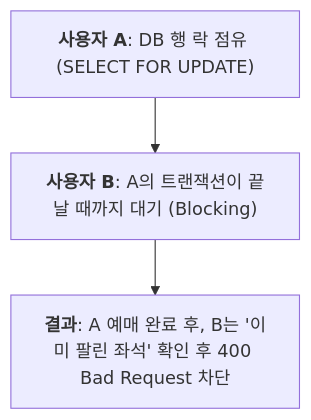
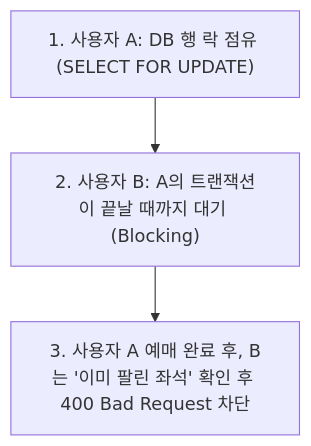
The second of 4 diagrams in process-flow.md (kikimansong/ticket-stream-v1), drawn with Mermaid before and after one commit. The commit also changed other lines of this file and 1 other file, not shown here.

````diff
--- a/process-flow.md
+++ b/process-flow.md
@@ -53,6 +53,6 @@
 ```mermaid
 flowchart TD
-    P1["<b>사용자 A</b>: DB 행 락 점유 (SELECT FOR UPDATE)"]
-    --> P2["<b>사용자 B</b>: A의 트랜잭션이 끝날 때까지 대기 (Blocking)"]
-    --> P3["<b>결과</b>: A 예매 완료 후, B는 '이미 팔린 좌석' 확인 후 400 Bad Request 차단"]
+    P1["1. 사용자 A: DB 행 락 점유 (SELECT FOR UPDATE)"]
+    --> P2["2. 사용자 B: A의 트랜잭션이 끝날 때까지 대기 (Blocking)"]
+    --> P3["3. 사용자 A 예매 완료 후, B는 '이미 팔린 좌석' 확인 후 400 Bad Request 차단"]
 ```
````
